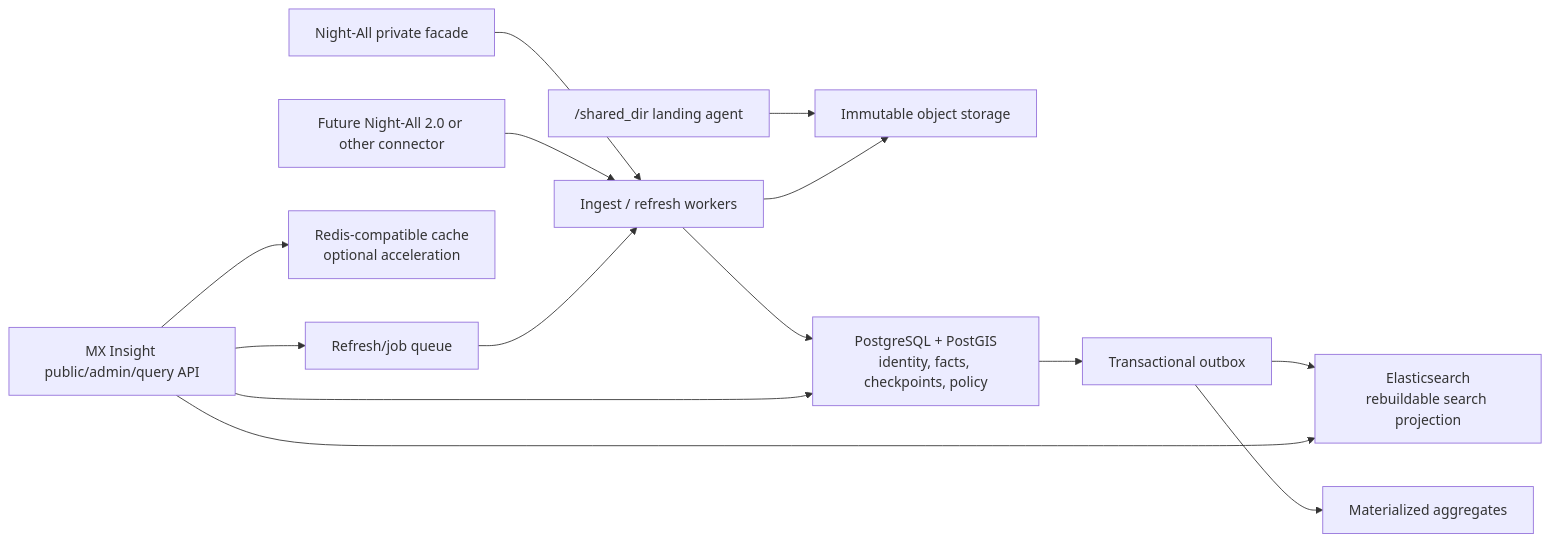
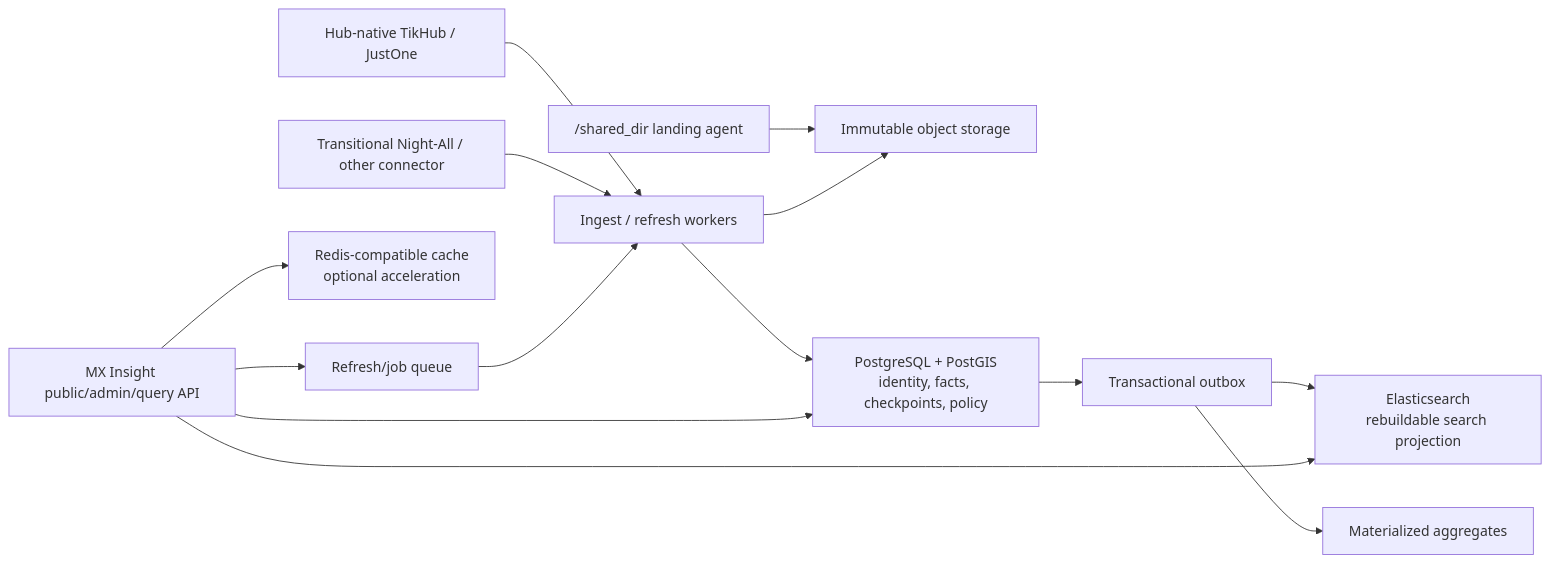
Before and after one commit to qpjoy/de-llaaddddeerr: the diagram in electron-dock/mx-insight-hub/docs/architecture/data-platform-storage-and-serving.md, drawn with Mermaid. The commit also changed other lines of this file and 92 other files, not shown here.

````diff
--- a/electron-dock/mx-insight-hub/docs/architecture/data-platform-storage-and-serving.md
+++ b/electron-dock/mx-insight-hub/docs/architecture/data-platform-storage-and-serving.md
@@ -13,16 +14,16 @@
 ```mermaid
 flowchart LR
-  S1["Night-All private facade"] --> I["Ingest / refresh workers"]
-  S2["Future Night-All 2.0 or other connector"] --> I
+  S1["Hub-native TikHub / JustOne"] --> I["Ingest / refresh workers"]
+  S2["Transitional Night-All / other connector"] --> I
   S3["/shared_dir landing agent"] --> RAW["Immutable object storage"]
   I --> RAW
   I --> PG["PostgreSQL + PostGIS\nidentity, facts, checkpoints, policy"]
   PG --> O["Transactional outbox"]
   O --> ES["Elasticsearch\nrebuildable search projection"]
   O --> AGG["Materialized aggregates"]
   API["MX Insight public/admin/query API"] --> PG
   API --> ES
   API --> C["Redis-compatible cache\noptional acceleration"]
   API --> J["Refresh/job queue"]
   J --> I
 ```
````
